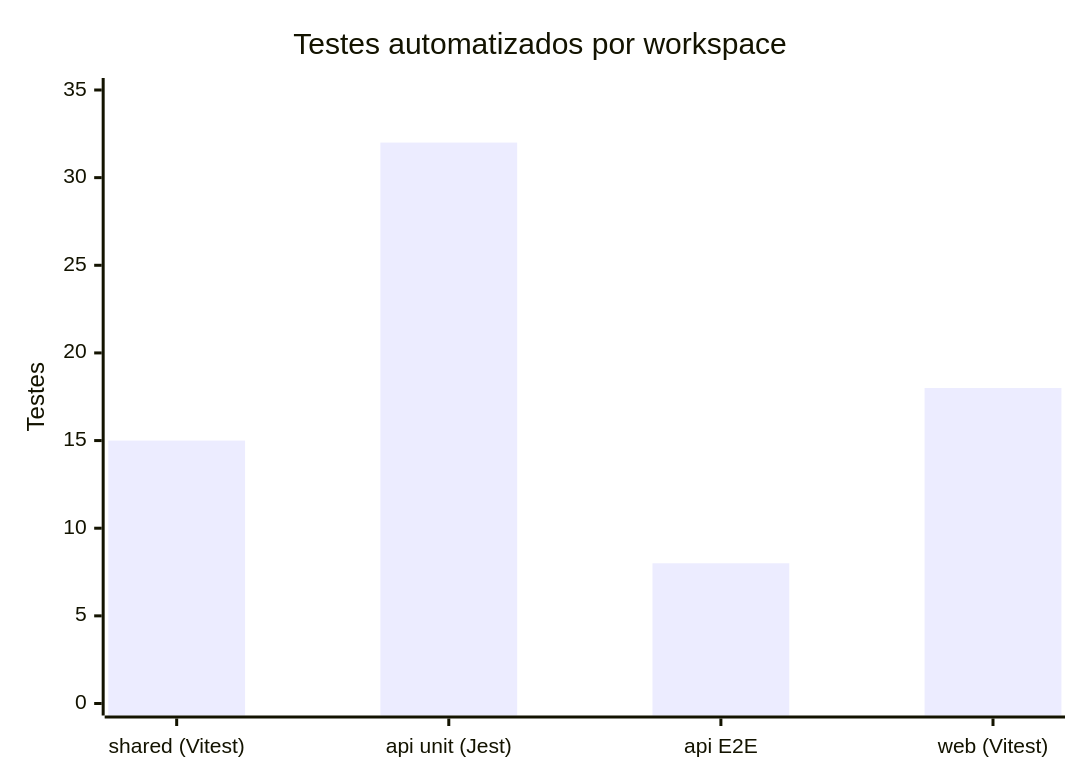
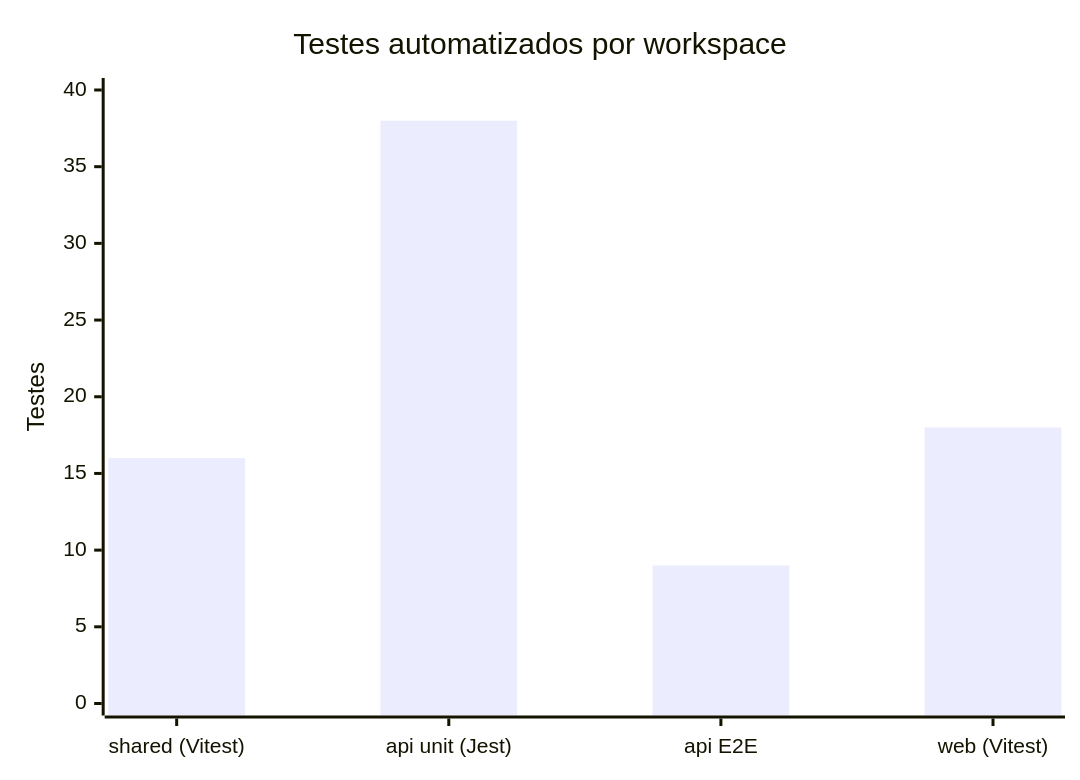
One commit to Digooow/pokedex-frontend changed the ninth of 12 diagrams in README.md. Above: the diagram before and after it, drawn with Mermaid. The commit also changed other lines of this file and 17 other files, not shown here.

````diff
--- a/README.md
+++ b/README.md
@@ -519,7 +519,7 @@
 ```mermaid
 xychart-beta
   title "Testes automatizados por workspace"
   x-axis ["shared (Vitest)", "api unit (Jest)", "api E2E", "web (Vitest)"]
-  y-axis "Testes" 0 --> 35
-  bar [15, 32, 8, 18]
+  y-axis "Testes" 0 --> 40
+  bar [16, 38, 9, 18]
 ```
````
